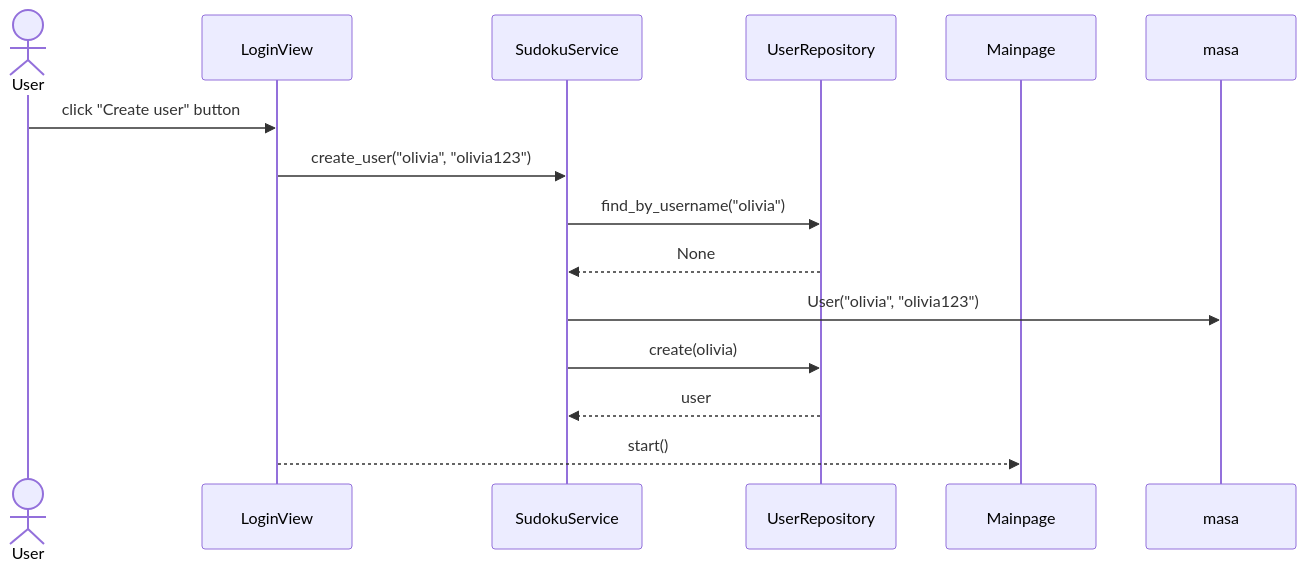
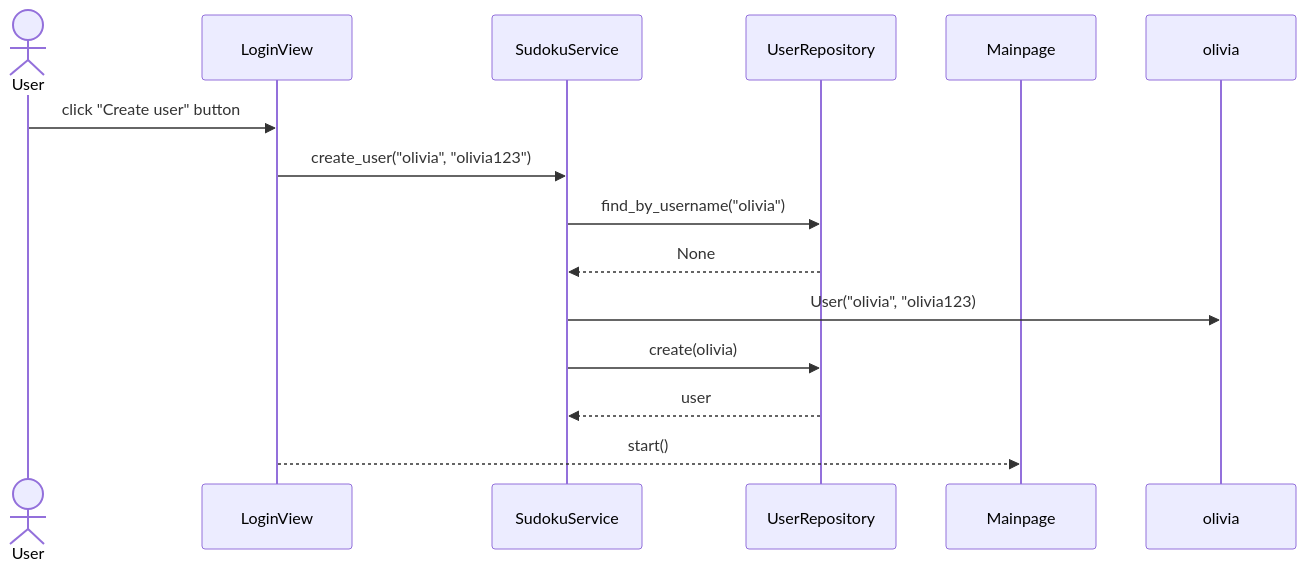
Before and after one commit to oliviahorjamo/OhTe-harjoitustyo-2022: the second of 3 diagrams in dokumentaatio/arkkitehtuuri.md, drawn with Mermaid. The commit also changed other lines of this file, not shown here.

````diff
--- a/dokumentaatio/arkkitehtuuri.md
+++ b/dokumentaatio/arkkitehtuuri.md
@@ -47,16 +47,17 @@
 ```mermaid
 sequenceDiagram
   actor User
   participant LoginView
   participant SudokuService
   participant UserRepository
   participant Mainpage
+  participant olivia
   User->>LoginView: click "Create user" button
   LoginView->>SudokuService: create_user("olivia", "olivia123")
   SudokuService->>UserRepository: find_by_username("olivia")
   UserRepository-->>SudokuService: None
-  SudokuService->>masa: User("olivia", "olivia123")
+  SudokuService->> olivia: User("olivia", "olivia123)
   SudokuService->>UserRepository: create(olivia)
   UserRepository-->>SudokuService: user
   LoginView -->> Mainpage: start()
 ```
````
